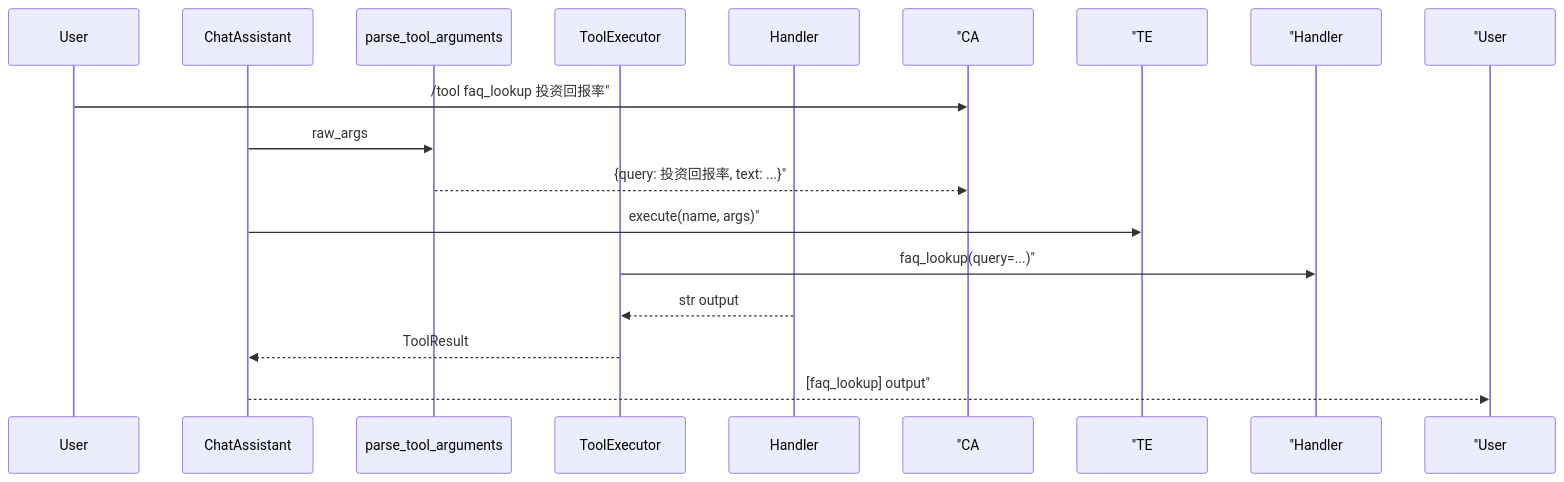
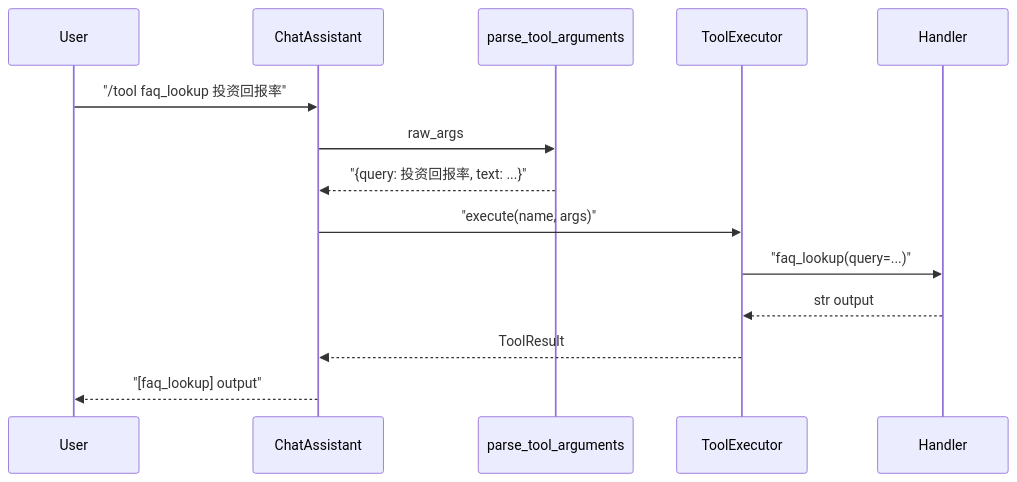
The fourth of 5 diagrams in course/day21/03_架构设计.md (ab6539763/70_days_course_plus), drawn with Mermaid before and after one commit. The commit also changed other lines of this file and 80 other files, not shown here.

First line of the commit message:
fix(course): 修复 Mermaid 图表渲染报错 + 同步嵌入代码快照

````diff
--- a/course/day21/03_架构设计.md
+++ b/course/day21/03_架构设计.md
@@ -107,17 +107,17 @@
 ```mermaid
 sequenceDiagram
     participant User
     participant CA as ChatAssistant
     participant Parse as parse_tool_arguments
     participant TE as ToolExecutor
     participant Handler
 
-    User->> "CA: /tool faq_lookup 投资回报率"
+    User->>CA: "/tool faq_lookup 投资回报率"
     CA->>Parse: raw_args
-    Parse-->> "CA: {query: 投资回报率, text: ...}"
-    CA->> "TE: execute(name, args)"
-    TE->> "Handler: faq_lookup(query=...)"
+    Parse-->>CA: "{query: 投资回报率, text: ...}"
+    CA->>TE: "execute(name, args)"
+    TE->>Handler: "faq_lookup(query=...)"
     Handler-->>TE: str output
     TE-->>CA: ToolResult
-    CA-->> "User: [faq_lookup] output"
+    CA-->>User: "[faq_lookup] output"
 ```
````
